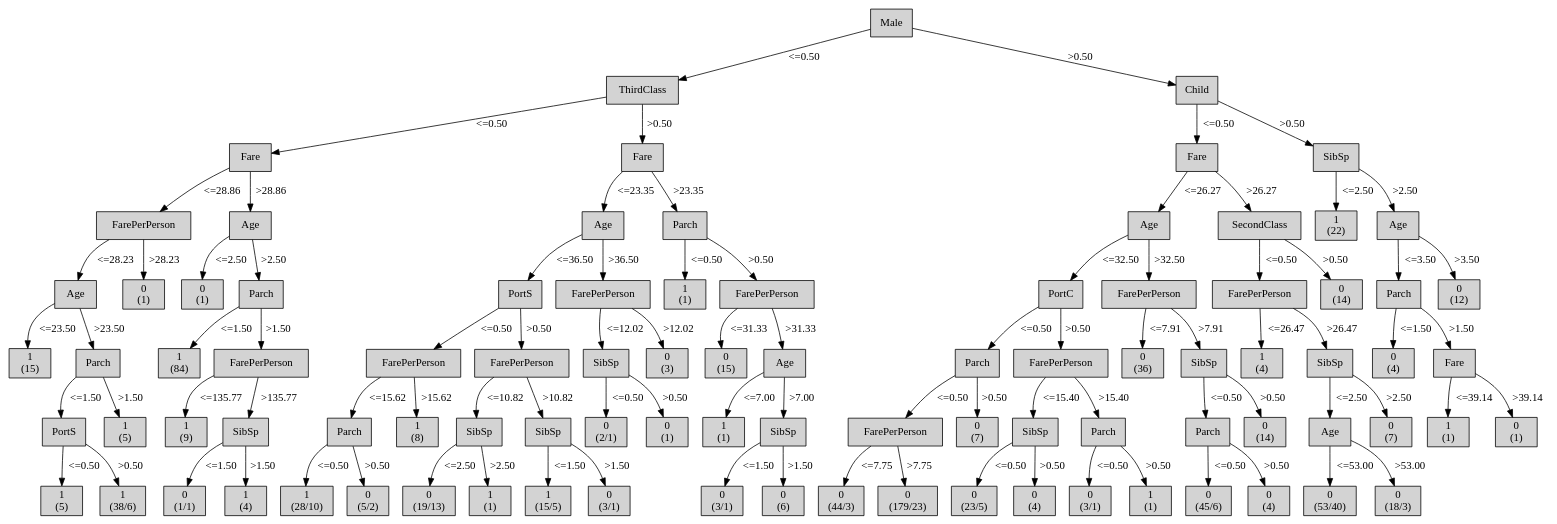
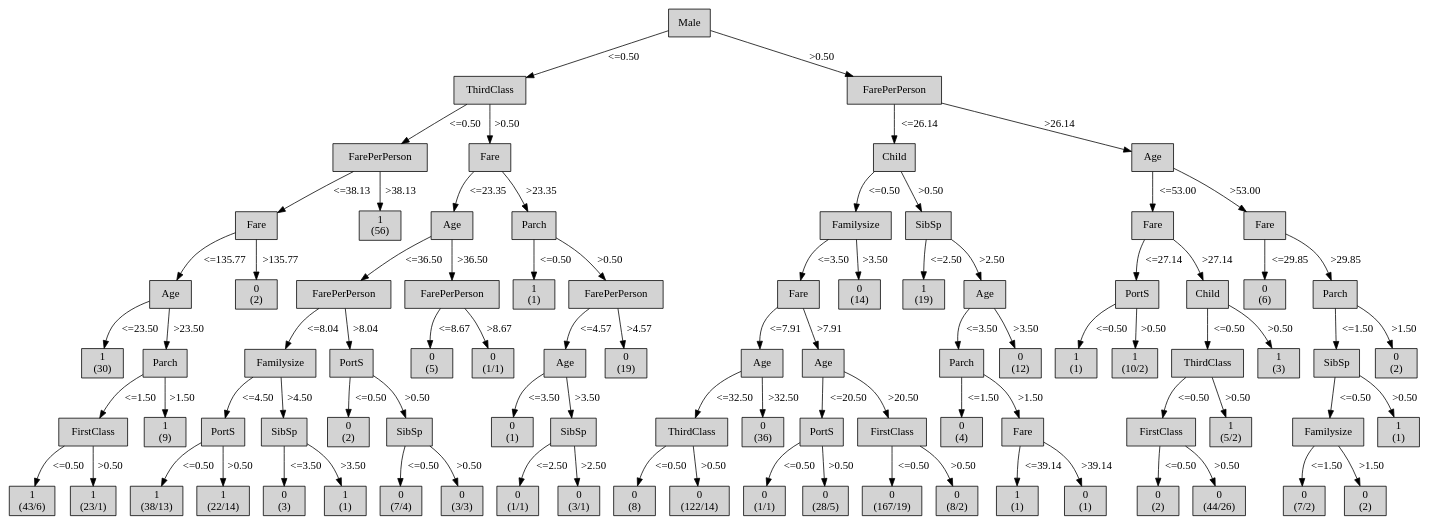
The diagram in output/tree-generator-7/tree.dot (mklb/BI-Python3), drawn with Graphviz before and after one commit. The commit also changed 30 other files, not shown here.

```diff
--- a/output/tree-generator-7/tree.dot
+++ b/output/tree-generator-7/tree.dot
@@ -4,325 +4,311 @@
 "1" [shape=box, style=filled, label="ThirdClass
 ", weight=2]
 0 -> 1 [ label = "<=0.50"];
-"2" [shape=box, style=filled, label="Fare
+"2" [shape=box, style=filled, label="FarePerPerson
 ", weight=3]
 1 -> 2 [ label = "<=0.50"];
-"3" [shape=box, style=filled, label="FarePerPerson
+"3" [shape=box, style=filled, label="Fare
 ", weight=4]
-2 -> 3 [ label = "<=28.86"];
+2 -> 3 [ label = "<=38.13"];
 "4" [shape=box, style=filled, label="Age
 ", weight=5]
-3 -> 4 [ label = "<=28.23"];
+3 -> 4 [ label = "<=135.77"];
 "5" [shape=box, style=filled, label="1
-(15)
+(30)
 ", weight=6]
 4 -> 5 [ label = "<=23.50"];
 "6" [shape=box, style=filled, label="Parch
 ", weight=6]
 4 -> 6 [ label = ">23.50"];
-"7" [shape=box, style=filled, label="PortS
+"7" [shape=box, style=filled, label="FirstClass
 ", weight=7]
 6 -> 7 [ label = "<=1.50"];
 "8" [shape=box, style=filled, label="1
-(5)
+(43/6)
 ", weight=8]
 7 -> 8 [ label = "<=0.50"];
 "9" [shape=box, style=filled, label="1
-(38/6)
+(23/1)
 ", weight=8]
 7 -> 9 [ label = ">0.50"];
 "10" [shape=box, style=filled, label="1
-(5)
+(9)
 ", weight=7]
 6 -> 10 [ label = ">1.50"];
 "11" [shape=box, style=filled, label="0
+(2)
+", weight=5]
+3 -> 11 [ label = ">135.77"];
+"12" [shape=box, style=filled, label="1
+(56)
+", weight=4]
+2 -> 12 [ label = ">38.13"];
+"13" [shape=box, style=filled, label="Fare
+", weight=3]
+1 -> 13 [ label = ">0.50"];
+"14" [shape=box, style=filled, label="Age
+", weight=4]
+13 -> 14 [ label = "<=23.35"];
+"15" [shape=box, style=filled, label="FarePerPerson
+", weight=5]
+14 -> 15 [ label = "<=36.50"];
+"16" [shape=box, style=filled, label="Familysize
+", weight=6]
+15 -> 16 [ label = "<=8.04"];
+"17" [shape=box, style=filled, label="PortS
+", weight=7]
+16 -> 17 [ label = "<=4.50"];
+"18" [shape=box, style=filled, label="1
+(38/13)
+", weight=8]
+17 -> 18 [ label = "<=0.50"];
+"19" [shape=box, style=filled, label="1
+(22/14)
+", weight=8]
+17 -> 19 [ label = ">0.50"];
+"20" [shape=box, style=filled, label="SibSp
+", weight=7]
+16 -> 20 [ label = ">4.50"];
+"21" [shape=box, style=filled, label="0
+(3)
+", weight=8]
+20 -> 21 [ label = "<=3.50"];
+"22" [shape=box, style=filled, label="1
 (1)
-", weight=5]
-3 -> 11 [ label = ">28.23"];
-"12" [shape=box, style=filled, label="Age
-", weight=4]
-2 -> 12 [ label = ">28.86"];
-"13" [shape=box, style=filled, label="0
-(1)
-", weight=5]
-12 -> 13 [ label = "<=2.50"];
-"14" [shape=box, style=filled, label="Parch
-", weight=5]
-12 -> 14 [ label = ">2.50"];
-"15" [shape=box, style=filled, label="1
-(84)
+", weight=8]
+20 -> 22 [ label = ">3.50"];
+"23" [shape=box, style=filled, label="PortS
 ", weight=6]
-14 -> 15 [ label = "<=1.50"];
-"16" [shape=box, style=filled, label="FarePerPerson
-", weight=6]
-14 -> 16 [ label = ">1.50"];
-"17" [shape=box, style=filled, label="1
-(9)
+15 -> 23 [ label = ">8.04"];
+"24" [shape=box, style=filled, label="0
+(2)
 ", weight=7]
-16 -> 17 [ label = "<=135.77"];
-"18" [shape=box, style=filled, label="SibSp
+23 -> 24 [ label = "<=0.50"];
+"25" [shape=box, style=filled, label="SibSp
 ", weight=7]
-16 -> 18 [ label = ">135.77"];
-"19" [shape=box, style=filled, label="0
-(1/1)
-", weight=8]
-18 -> 19 [ label = "<=1.50"];
-"20" [shape=box, style=filled, label="1
-(4)
-", weight=8]
-18 -> 20 [ label = ">1.50"];
-"21" [shape=box, style=filled, label="Fare
-", weight=3]
-1 -> 21 [ label = ">0.50"];
-"22" [shape=box, style=filled, label="Age
-", weight=4]
-21 -> 22 [ label = "<=23.35"];
-"23" [shape=box, style=filled, label="PortS
-", weight=5]
-22 -> 23 [ label = "<=36.50"];
-"24" [shape=box, style=filled, label="FarePerPerson
-", weight=6]
-23 -> 24 [ label = "<=0.50"];
-"25" [shape=box, style=filled, label="Parch
-", weight=7]
-24 -> 25 [ label = "<=15.62"];
-"26" [shape=box, style=filled, label="1
-(28/10)
+23 -> 25 [ label = ">0.50"];
+"26" [shape=box, style=filled, label="0
+(7/4)
 ", weight=8]
 25 -> 26 [ label = "<=0.50"];
 "27" [shape=box, style=filled, label="0
-(5/2)
+(3/3)
 ", weight=8]
 25 -> 27 [ label = ">0.50"];
-"28" [shape=box, style=filled, label="1
-(8)
-", weight=7]
-24 -> 28 [ label = ">15.62"];
-"29" [shape=box, style=filled, label="FarePerPerson
+"28" [shape=box, style=filled, label="FarePerPerson
+", weight=5]
+14 -> 28 [ label = ">36.50"];
+"29" [shape=box, style=filled, label="0
+(5)
 ", weight=6]
-23 -> 29 [ label = ">0.50"];
-"30" [shape=box, style=filled, label="SibSp
-", weight=7]
-29 -> 30 [ label = "<=10.82"];
-"31" [shape=box, style=filled, label="0
-(19/13)
-", weight=8]
-30 -> 31 [ label = "<=2.50"];
+28 -> 29 [ label = "<=8.67"];
+"30" [shape=box, style=filled, label="0
+(1/1)
+", weight=6]
+28 -> 30 [ label = ">8.67"];
+"31" [shape=box, style=filled, label="Parch
+", weight=4]
+13 -> 31 [ label = ">23.35"];
 "32" [shape=box, style=filled, label="1
 (1)
+", weight=5]
+31 -> 32 [ label = "<=0.50"];
+"33" [shape=box, style=filled, label="FarePerPerson
+", weight=5]
+31 -> 33 [ label = ">0.50"];
+"34" [shape=box, style=filled, label="Age
+", weight=6]
+33 -> 34 [ label = "<=4.57"];
+"35" [shape=box, style=filled, label="0
+(1)
+", weight=7]
+34 -> 35 [ label = "<=3.50"];
+"36" [shape=box, style=filled, label="SibSp
+", weight=7]
+34 -> 36 [ label = ">3.50"];
+"37" [shape=box, style=filled, label="0
+(1/1)
 ", weight=8]
-30 -> 32 [ label = ">2.50"];
-"33" [shape=box, style=filled, label="SibSp
-", weight=7]
-29 -> 33 [ label = ">10.82"];
-"34" [shape=box, style=filled, label="1
-(15/5)
-", weight=8]
-33 -> 34 [ label = "<=1.50"];
-"35" [shape=box, style=filled, label="0
+36 -> 37 [ label = "<=2.50"];
+"38" [shape=box, style=filled, label="0
 (3/1)
 ", weight=8]
-33 -> 35 [ label = ">1.50"];
-"36" [shape=box, style=filled, label="FarePerPerson
+36 -> 38 [ label = ">2.50"];
+"39" [shape=box, style=filled, label="0
+(19)
+", weight=6]
+33 -> 39 [ label = ">4.57"];
+"40" [shape=box, style=filled, label="FarePerPerson
+", weight=2]
+0 -> 40 [ label = ">0.50"];
+"41" [shape=box, style=filled, label="Child
+", weight=3]
+40 -> 41 [ label = "<=26.14"];
+"42" [shape=box, style=filled, label="Familysize
+", weight=4]
+41 -> 42 [ label = "<=0.50"];
+"43" [shape=box, style=filled, label="Fare
 ", weight=5]
-22 -> 36 [ label = ">36.50"];
-"37" [shape=box, style=filled, label="SibSp
+42 -> 43 [ label = "<=3.50"];
+"44" [shape=box, style=filled, label="Age
 ", weight=6]
-36 -> 37 [ label = "<=12.02"];
-"38" [shape=box, style=filled, label="0
-(2/1)
+43 -> 44 [ label = "<=7.91"];
+"45" [shape=box, style=filled, label="ThirdClass
 ", weight=7]
-37 -> 38 [ label = "<=0.50"];
-"39" [shape=box, style=filled, label="0
+44 -> 45 [ label = "<=32.50"];
+"46" [shape=box, style=filled, label="0
+(8)
+", weight=8]
+45 -> 46 [ label = "<=0.50"];
+"47" [shape=box, style=filled, label="0
+(122/14)
+", weight=8]
+45 -> 47 [ label = ">0.50"];
+"48" [shape=box, style=filled, label="0
+(36)
+", weight=7]
+44 -> 48 [ label = ">32.50"];
+"49" [shape=box, style=filled, label="Age
+", weight=6]
+43 -> 49 [ label = ">7.91"];
+"50" [shape=box, style=filled, label="PortS
+", weight=7]
+49 -> 50 [ label = "<=20.50"];
+"51" [shape=box, style=filled, label="0
+(1/1)
+", weight=8]
+50 -> 51 [ label = "<=0.50"];
+"52" [shape=box, style=filled, label="0
+(28/5)
+", weight=8]
+50 -> 52 [ label = ">0.50"];
+"53" [shape=box, style=filled, label="FirstClass
+", weight=7]
+49 -> 53 [ label = ">20.50"];
+"54" [shape=box, style=filled, label="0
+(167/19)
+", weight=8]
+53 -> 54 [ label = "<=0.50"];
+"55" [shape=box, style=filled, label="0
+(8/2)
+", weight=8]
+53 -> 55 [ label = ">0.50"];
+"56" [shape=box, style=filled, label="0
+(14)
+", weight=5]
+42 -> 56 [ label = ">3.50"];
+"57" [shape=box, style=filled, label="SibSp
+", weight=4]
+41 -> 57 [ label = ">0.50"];
+"58" [shape=box, style=filled, label="1
+(19)
+", weight=5]
+57 -> 58 [ label = "<=2.50"];
+"59" [shape=box, style=filled, label="Age
+", weight=5]
+57 -> 59 [ label = ">2.50"];
+"60" [shape=box, style=filled, label="Parch
+", weight=6]
+59 -> 60 [ label = "<=3.50"];
+"61" [shape=box, style=filled, label="0
+(4)
+", weight=7]
+60 -> 61 [ label = "<=1.50"];
+"62" [shape=box, style=filled, label="Fare
+", weight=7]
+60 -> 62 [ label = ">1.50"];
+"63" [shape=box, style=filled, label="1
+(1)
+", weight=8]
+62 -> 63 [ label = "<=39.14"];
+"64" [shape=box, style=filled, label="0
+(1)
+", weight=8]
+62 -> 64 [ label = ">39.14"];
+"65" [shape=box, style=filled, label="0
+(12)
+", weight=6]
+59 -> 65 [ label = ">3.50"];
+"66" [shape=box, style=filled, label="Age
+", weight=3]
+40 -> 66 [ label = ">26.14"];
+"67" [shape=box, style=filled, label="Fare
+", weight=4]
+66 -> 67 [ label = "<=53.00"];
+"68" [shape=box, style=filled, label="PortS
+", weight=5]
+67 -> 68 [ label = "<=27.14"];
+"69" [shape=box, style=filled, label="1
+(1)
+", weight=6]
+68 -> 69 [ label = "<=0.50"];
+"70" [shape=box, style=filled, label="1
+(10/2)
+", weight=6]
+68 -> 70 [ label = ">0.50"];
+"71" [shape=box, style=filled, label="Child
+", weight=5]
+67 -> 71 [ label = ">27.14"];
+"72" [shape=box, style=filled, label="ThirdClass
+", weight=6]
+71 -> 72 [ label = "<=0.50"];
+"73" [shape=box, style=filled, label="FirstClass
+", weight=7]
+72 -> 73 [ label = "<=0.50"];
+"74" [shape=box, style=filled, label="0
+(2)
+", weight=8]
+73 -> 74 [ label = "<=0.50"];
+"75" [shape=box, style=filled, label="0
+(44/26)
+", weight=8]
+73 -> 75 [ label = ">0.50"];
+"76" [shape=box, style=filled, label="1
+(5/2)
+", weight=7]
+72 -> 76 [ label = ">0.50"];
+"77" [shape=box, style=filled, label="1
+(3)
+", weight=6]
+71 -> 77 [ label = ">0.50"];
+"78" [shape=box, style=filled, label="Fare
+", weight=4]
+66 -> 78 [ label = ">53.00"];
+"79" [shape=box, style=filled, label="0
+(6)
+", weight=5]
+78 -> 79 [ label = "<=29.85"];
+"80" [shape=box, style=filled, label="Parch
+", weight=5]
+78 -> 80 [ label = ">29.85"];
+"81" [shape=box, style=filled, label="SibSp
+", weight=6]
+80 -> 81 [ label = "<=1.50"];
+"82" [shape=box, style=filled, label="Familysize
+", weight=7]
+81 -> 82 [ label = "<=0.50"];
+"83" [shape=box, style=filled, label="0
+(7/2)
+", weight=8]
+82 -> 83 [ label = "<=1.50"];
+"84" [shape=box, style=filled, label="0
+(2)
+", weight=8]
+82 -> 84 [ label = ">1.50"];
+"85" [shape=box, style=filled, label="1
 (1)
 ", weight=7]
-37 -> 39 [ label = ">0.50"];
-"40" [shape=box, style=filled, label="0
-(3)
+81 -> 85 [ label = ">0.50"];
+"86" [shape=box, style=filled, label="0
+(2)
 ", weight=6]
-36 -> 40 [ label = ">12.02"];
-"41" [shape=box, style=filled, label="Parch
-", weight=4]
-21 -> 41 [ label = ">23.35"];
-"42" [shape=box, style=filled, label="1
-(1)
-", weight=5]
-41 -> 42 [ label = "<=0.50"];
-"43" [shape=box, style=filled, label="FarePerPerson
-", weight=5]
-41 -> 43 [ label = ">0.50"];
-"44" [shape=box, style=filled, label="0
-(15)
-", weight=6]
-43 -> 44 [ label = "<=31.33"];
-"45" [shape=box, style=filled, label="Age
-", weight=6]
-43 -> 45 [ label = ">31.33"];
-"46" [shape=box, style=filled, label="1
-(1)
-", weight=7]
-45 -> 46 [ label = "<=7.00"];
-"47" [shape=box, style=filled, label="SibSp
-", weight=7]
-45 -> 47 [ label = ">7.00"];
-"48" [shape=box, style=filled, label="0
-(3/1)
-", weight=8]
-47 -> 48 [ label = "<=1.50"];
-"49" [shape=box, style=filled, label="0
-(6)
-", weight=8]
-47 -> 49 [ label = ">1.50"];
-"50" [shape=box, style=filled, label="Child
-", weight=2]
-0 -> 50 [ label = ">0.50"];
-"51" [shape=box, style=filled, label="Fare
-", weight=3]
-50 -> 51 [ label = "<=0.50"];
-"52" [shape=box, style=filled, label="Age
-", weight=4]
-51 -> 52 [ label = "<=26.27"];
-"53" [shape=box, style=filled, label="PortC
-", weight=5]
-52 -> 53 [ label = "<=32.50"];
-"54" [shape=box, style=filled, label="Parch
-", weight=6]
-53 -> 54 [ label = "<=0.50"];
-"55" [shape=box, style=filled, label="FarePerPerson
-", weight=7]
-54 -> 55 [ label = "<=0.50"];
-"56" [shape=box, style=filled, label="0
-(44/3)
-", weight=8]
-55 -> 56 [ label = "<=7.75"];
-"57" [shape=box, style=filled, label="0
-(179/23)
-", weight=8]
-55 -> 57 [ label = ">7.75"];
-"58" [shape=box, style=filled, label="0
-(7)
-", weight=7]
-54 -> 58 [ label = ">0.50"];
-"59" [shape=box, style=filled, label="FarePerPerson
-", weight=6]
-53 -> 59 [ label = ">0.50"];
-"60" [shape=box, style=filled, label="SibSp
-", weight=7]
-59 -> 60 [ label = "<=15.40"];
-"61" [shape=box, style=filled, label="0
-(23/5)
-", weight=8]
-60 -> 61 [ label = "<=0.50"];
-"62" [shape=box, style=filled, label="0
-(4)
-", weight=8]
-60 -> 62 [ label = ">0.50"];
-"63" [shape=box, style=filled, label="Parch
-", weight=7]
-59 -> 63 [ label = ">15.40"];
-"64" [shape=box, style=filled, label="0
-(3/1)
-", weight=8]
-63 -> 64 [ label = "<=0.50"];
-"65" [shape=box, style=filled, label="1
-(1)
-", weight=8]
-63 -> 65 [ label = ">0.50"];
-"66" [shape=box, style=filled, label="FarePerPerson
-", weight=5]
-52 -> 66 [ label = ">32.50"];
-"67" [shape=box, style=filled, label="0
-(36)
-", weight=6]
-66 -> 67 [ label = "<=7.91"];
-"68" [shape=box, style=filled, label="SibSp
-", weight=6]
-66 -> 68 [ label = ">7.91"];
-"69" [shape=box, style=filled, label="Parch
-", weight=7]
-68 -> 69 [ label = "<=0.50"];
-"70" [shape=box, style=filled, label="0
-(45/6)
-", weight=8]
-69 -> 70 [ label = "<=0.50"];
-"71" [shape=box, style=filled, label="0
-(4)
-", weight=8]
-69 -> 71 [ label = ">0.50"];
-"72" [shape=box, style=filled, label="0
-(14)
-", weight=7]
-68 -> 72 [ label = ">0.50"];
-"73" [shape=box, style=filled, label="SecondClass
-", weight=4]
-51 -> 73 [ label = ">26.27"];
-"74" [shape=box, style=filled, label="FarePerPerson
-", weight=5]
-73 -> 74 [ label = "<=0.50"];
-"75" [shape=box, style=filled, label="1
-(4)
-", weight=6]
-74 -> 75 [ label = "<=26.47"];
-"76" [shape=box, style=filled, label="SibSp
-", weight=6]
-74 -> 76 [ label = ">26.47"];
-"77" [shape=box, style=filled, label="Age
-", weight=7]
-76 -> 77 [ label = "<=2.50"];
-"78" [shape=box, style=filled, label="0
-(53/40)
-", weight=8]
-77 -> 78 [ label = "<=53.00"];
-"79" [shape=box, style=filled, label="0
-(18/3)
-", weight=8]
-77 -> 79 [ label = ">53.00"];
-"80" [shape=box, style=filled, label="0
-(7)
-", weight=7]
-76 -> 80 [ label = ">2.50"];
-"81" [shape=box, style=filled, label="0
-(14)
-", weight=5]
-73 -> 81 [ label = ">0.50"];
-"82" [shape=box, style=filled, label="SibSp
-", weight=3]
-50 -> 82 [ label = ">0.50"];
-"83" [shape=box, style=filled, label="1
-(22)
-", weight=4]
-82 -> 83 [ label = "<=2.50"];
-"84" [shape=box, style=filled, label="Age
-", weight=4]
-82 -> 84 [ label = ">2.50"];
-"85" [shape=box, style=filled, label="Parch
-", weight=5]
-84 -> 85 [ label = "<=3.50"];
-"86" [shape=box, style=filled, label="0
-(4)
-", weight=6]
-85 -> 86 [ label = "<=1.50"];
-"87" [shape=box, style=filled, label="Fare
-", weight=6]
-85 -> 87 [ label = ">1.50"];
-"88" [shape=box, style=filled, label="1
-(1)
-", weight=7]
-87 -> 88 [ label = "<=39.14"];
-"89" [shape=box, style=filled, label="0
-(1)
-", weight=7]
-87 -> 89 [ label = ">39.14"];
-"90" [shape=box, style=filled, label="0
-(12)
-", weight=5]
-84 -> 90 [ label = ">3.50"];
+80 -> 86 [ label = ">1.50"];
 {rank=same; 0;};
-{rank=same; 1;50;};
-{rank=same; 2;21;51;82;};
-{rank=same; 3;12;22;41;52;73;83;84;};
-{rank=same; 4;11;13;14;23;36;42;43;53;66;74;81;85;90;};
-{rank=same; 5;6;15;16;24;29;37;40;44;45;54;59;67;68;75;76;86;87;};
-{rank=same; 7;10;17;18;25;28;30;33;38;39;46;47;55;58;60;63;69;72;77;80;88;89;};
-{rank=same; 8;9;19;20;26;27;31;32;34;35;48;49;56;57;61;62;64;65;70;71;78;79;};
+{rank=same; 1;40;};
+{rank=same; 2;13;41;66;};
+{rank=same; 3;12;14;31;42;57;67;78;};
+{rank=same; 4;11;15;28;32;33;43;56;58;59;68;71;79;80;};
+{rank=same; 5;6;16;23;29;30;34;39;44;49;60;65;69;70;72;77;81;86;};
+{rank=same; 7;10;17;20;24;25;35;36;45;48;50;53;61;62;73;76;82;85;};
+{rank=same; 8;9;18;19;21;22;26;27;37;38;46;47;51;52;54;55;63;64;74;75;83;84;};
 }
```
